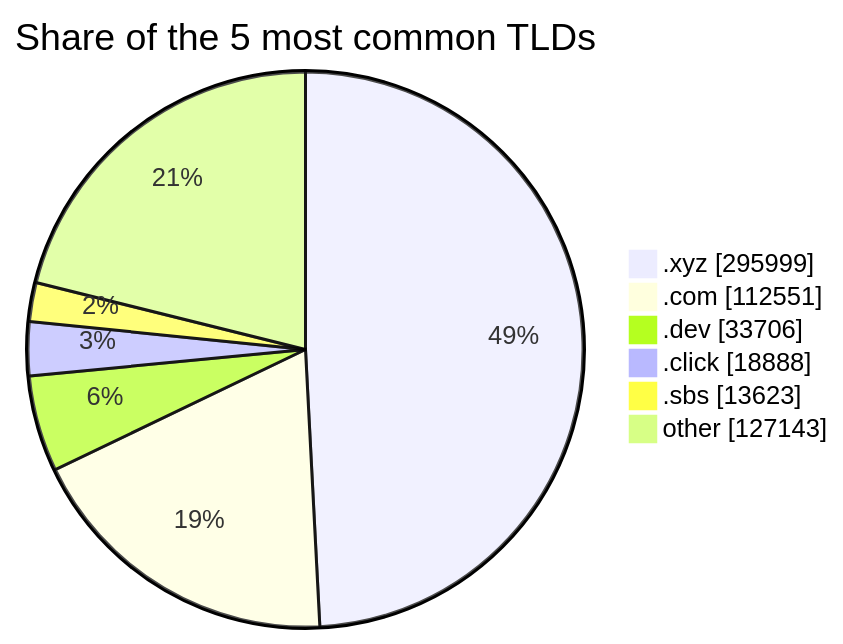
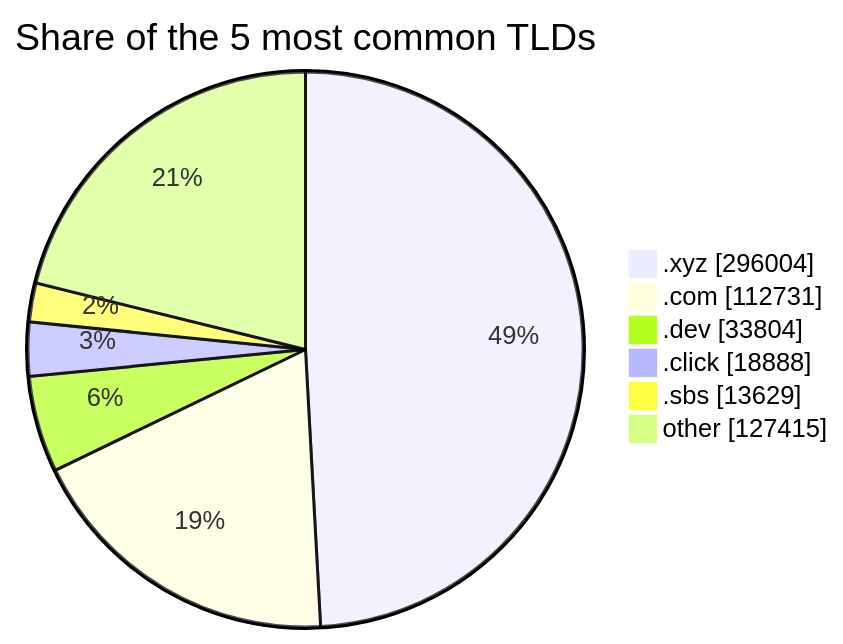
One commit to DNSBunker/CTI changed the third of 3 diagrams in README.md. Above: the diagram before and after it, drawn with Mermaid. The commit also changed other lines of this file and 3 other files, not shown here.

````diff
--- a/README.md
+++ b/README.md
@@ -81,9 +81,9 @@
 ```mermaid
 pie showData title Share of the 5 most common TLDs
-    ".xyz" : 295999
-    ".com" : 112551
-    ".dev" : 33706
+    ".xyz" : 296004
+    ".com" : 112731
+    ".dev" : 33804
     ".click" : 18888
-    ".sbs" : 13623
-    "other" : 127143
+    ".sbs" : 13629
+    "other" : 127415
 ```
````
